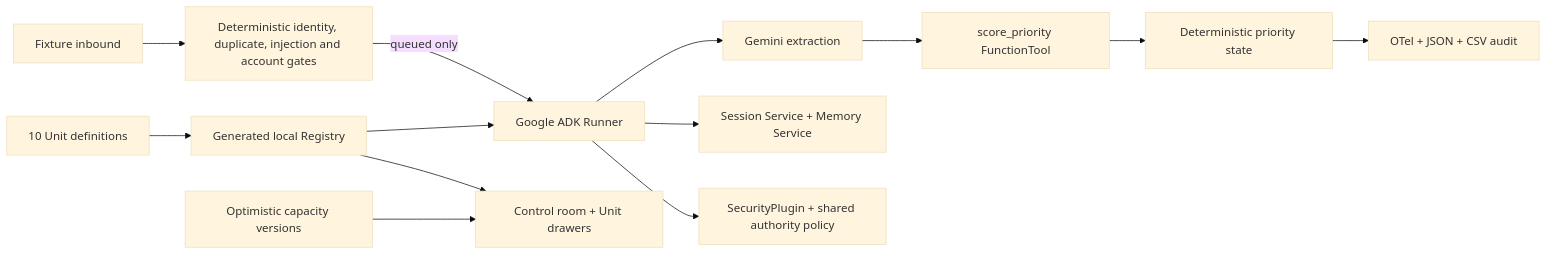
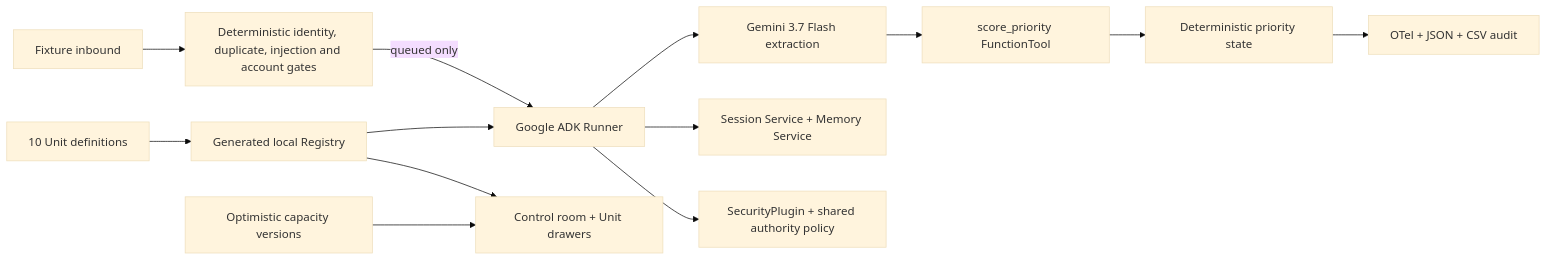
Before and after one commit to vcdwio/secondkey: the second of 3 diagrams in docs/architecture.md, drawn with Mermaid (base theme). The commit also changed other lines of this file and 24 other files, not shown here.

````diff
--- a/docs/architecture.md
+++ b/docs/architecture.md
@@ -25,15 +25,15 @@
 ```mermaid
 flowchart LR
     I["Fixture inbound"] --> X["Deterministic identity, duplicate, injection and account gates"]
     X -->|"queued only"| R["Google ADK Runner"]
-    R --> L["Gemini extraction"]
+    R --> L["Gemini 3.7 Flash extraction"]
     L --> F["score_priority FunctionTool"]
     F --> D["Deterministic priority state"]
     R --> S["Session Service + Memory Service"]
     R --> P["SecurityPlugin + shared authority policy"]
     D --> A["OTel + JSON + CSV audit"]
     U["10 Unit definitions"] --> G["Generated local Registry"]
     G --> R
     G --> UI["Control room + Unit drawers"]
     C["Optimistic capacity versions"] --> UI
 ```
````
